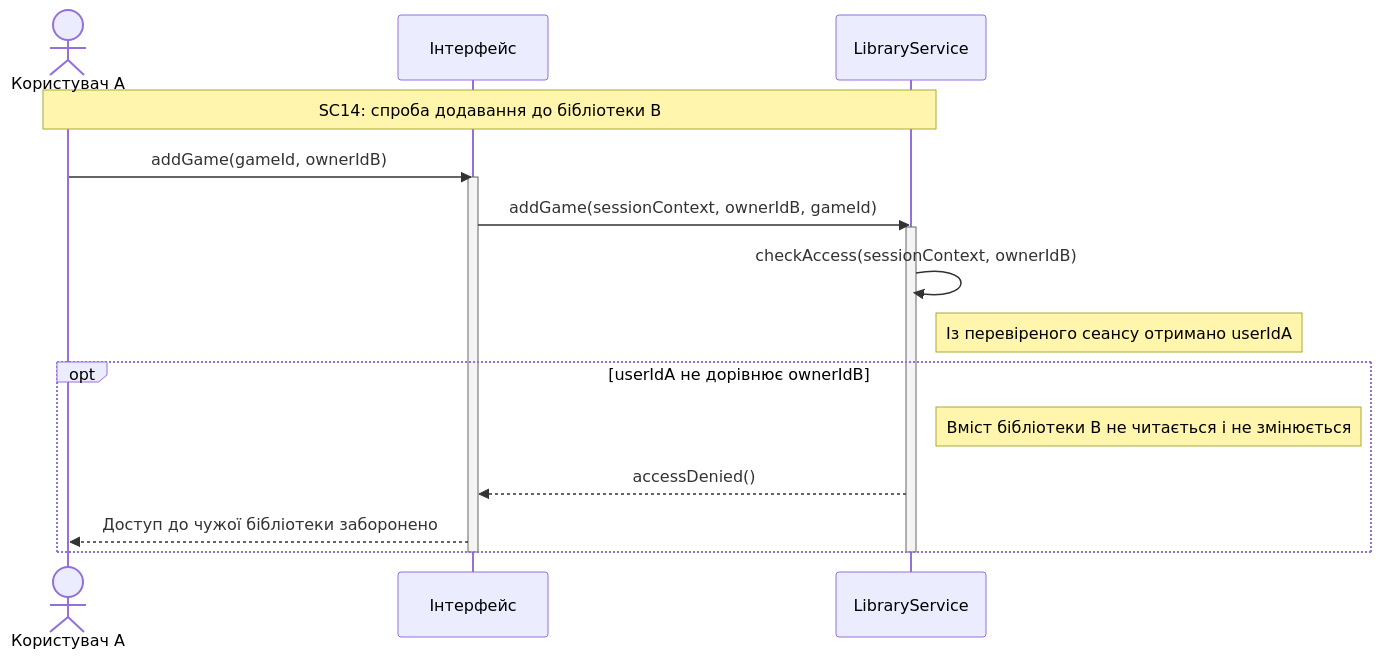
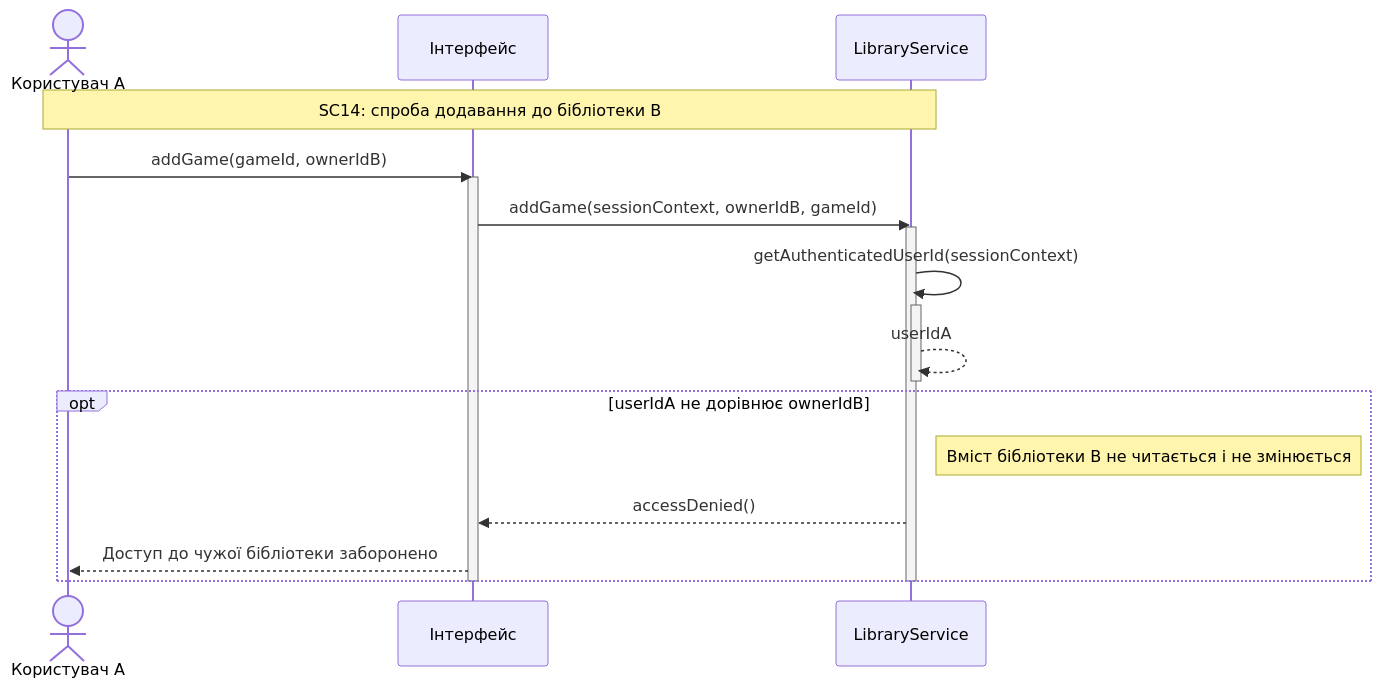
The diagram in Lab3/sc14-foreign-library.mmd (Bbg0kif/KPI), drawn with Mermaid before and after one commit. The commit also changed 4 other files, not shown here.

Commit message:
detail session identity checks in access scenarios

```diff
--- a/Lab3/sc14-foreign-library.mmd
+++ b/Lab3/sc14-foreign-library.mmd
@@ -1,23 +1,25 @@
 sequenceDiagram
     actor User as Користувач A
     participant UI as Інтерфейс
     participant LS as LibraryService
 
     Note over User,LS: SC14: спроба додавання до бібліотеки B
 
     User->>UI: addGame(gameId, ownerIdB)
     activate UI
     UI->>LS: addGame(sessionContext, ownerIdB, gameId)
     activate LS
 
-    LS->>LS: checkAccess(sessionContext, ownerIdB)
-    Note right of LS: Із перевіреного сеансу отримано userIdA
+    LS->>LS: getAuthenticatedUserId(sessionContext)
+    activate LS
+    LS-->>LS: userIdA
+    deactivate LS
 
     opt userIdA не дорівнює ownerIdB
         Note right of LS: Вміст бібліотеки B не читається і не змінюється
         LS-->>UI: accessDenied()
         UI-->>User: Доступ до чужої бібліотеки заборонено
     end
 
     deactivate LS
     deactivate UI
```
